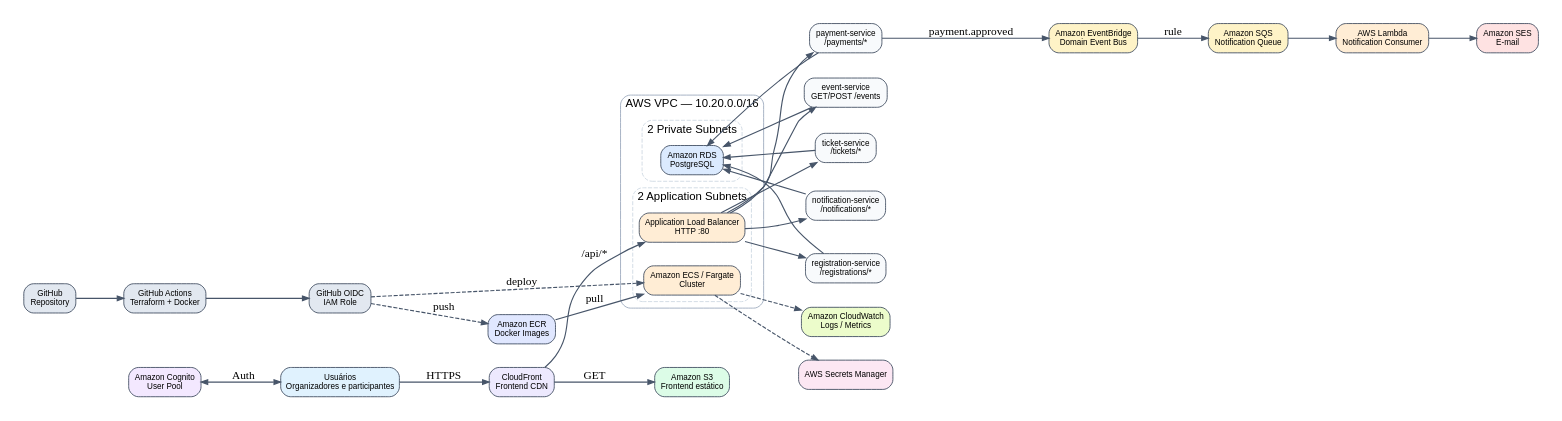
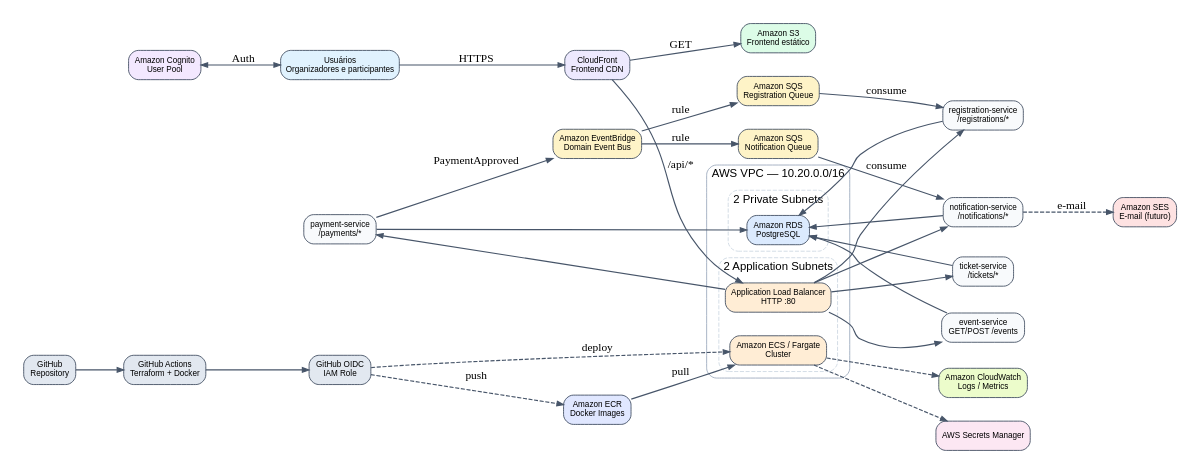
Before and after one commit to evandromendes08/PRR---AWS-DevOps: the diagram in architecture/architecture.dot, drawn with Graphviz. The commit also changed 31 other files, not shown here.

```diff
--- a/architecture/architecture.dot
+++ b/architecture/architecture.dot
@@ -1,65 +1,67 @@
 digraph G {
   graph [rankdir=LR, bgcolor="white", fontname="Arial", pad="0.3", nodesep="0.4", ranksep="0.8"];
   node [shape=box, style="rounded,filled", fontname="Arial", fontsize=10, color="#334155", fillcolor="#f8fafc"];
   edge [color="#475569", penwidth=1.4, arrowsize=0.8];
 
   users [label="Usuários\nOrganizadores e participantes", fillcolor="#e0f2fe"];
   cf [label="CloudFront\nFrontend CDN", fillcolor="#ede9fe"];
   s3 [label="Amazon S3\nFrontend estático", fillcolor="#dcfce7"];
   alb [label="Application Load Balancer\nHTTP :80", fillcolor="#ffedd5"];
   cognito [label="Amazon Cognito\nUser Pool", fillcolor="#f3e8ff"];
 
   subgraph cluster_vpc {
     label="AWS VPC — 10.20.0.0/16";
     color="#94a3b8"; style="rounded";
     subgraph cluster_public {
       label="2 Application Subnets"; color="#cbd5e1"; style="rounded,dashed";
       alb;
       ecs [label="Amazon ECS / Fargate\nCluster", fillcolor="#ffedd5"];
     }
     subgraph cluster_private {
       label="2 Private Subnets"; color="#cbd5e1"; style="rounded,dashed";
       rds [label="Amazon RDS\nPostgreSQL", fillcolor="#dbeafe"];
     }
   }
 
   event [label="event-service\nGET/POST /events"];
   ticket [label="ticket-service\n/tickets/*"];
   reg [label="registration-service\n/registrations/*"];
   pay [label="payment-service\n/payments/*"];
   notif [label="notification-service\n/notifications/*"];
 
   bus [label="Amazon EventBridge\nDomain Event Bus", fillcolor="#fef3c7"];
-  sqs [label="Amazon SQS\nNotification Queue", fillcolor="#fef3c7"];
-  lambda [label="AWS Lambda\nNotification Consumer", fillcolor="#ffedd5"];
-  ses [label="Amazon SES\nE-mail", fillcolor="#fee2e2"];
+  sqs_reg [label="Amazon SQS\nRegistration Queue", fillcolor="#fef3c7"];
+  sqs_notif [label="Amazon SQS\nNotification Queue", fillcolor="#fef3c7"];
+  ses [label="Amazon SES\nE-mail (futuro)", fillcolor="#fee2e2"];
   ecr [label="Amazon ECR\nDocker Images", fillcolor="#e0e7ff"];
   cw [label="Amazon CloudWatch\nLogs / Metrics", fillcolor="#ecfccb"];
   secrets [label="AWS Secrets Manager", fillcolor="#fce7f3"];
   github [label="GitHub\nRepository", fillcolor="#e2e8f0"];
   actions [label="GitHub Actions\nTerraform + Docker", fillcolor="#e2e8f0"];
   oidc [label="GitHub OIDC\nIAM Role", fillcolor="#e2e8f0"];
 
   users -> cf [label="HTTPS"];
   cf -> s3 [label="GET"];
   cf -> alb [label="/api/*"];
   alb -> event;
   alb -> ticket;
   alb -> reg;
   alb -> pay;
   alb -> notif;
   cognito -> users [dir=both, label="Auth"];
 
   event -> rds; ticket -> rds; reg -> rds; pay -> rds; notif -> rds;
-  pay -> bus [label="payment.approved"];
-  bus -> sqs [label="rule"];
-  sqs -> lambda;
-  lambda -> ses;
+  pay -> bus [label="PaymentApproved"];
+  bus -> sqs_reg [label="rule"];
+  bus -> sqs_notif [label="rule"];
+  sqs_reg -> reg [label="consume"];
+  sqs_notif -> notif [label="consume"];
+  notif -> ses [label="e-mail", style=dashed];
   ecr -> ecs [label="pull"];
   ecs -> cw [style=dashed];
   ecs -> secrets [style=dashed];
   github -> actions;
   actions -> oidc;
   oidc -> ecr [label="push", style=dashed];
   oidc -> ecs [label="deploy", style=dashed];
 }
```
